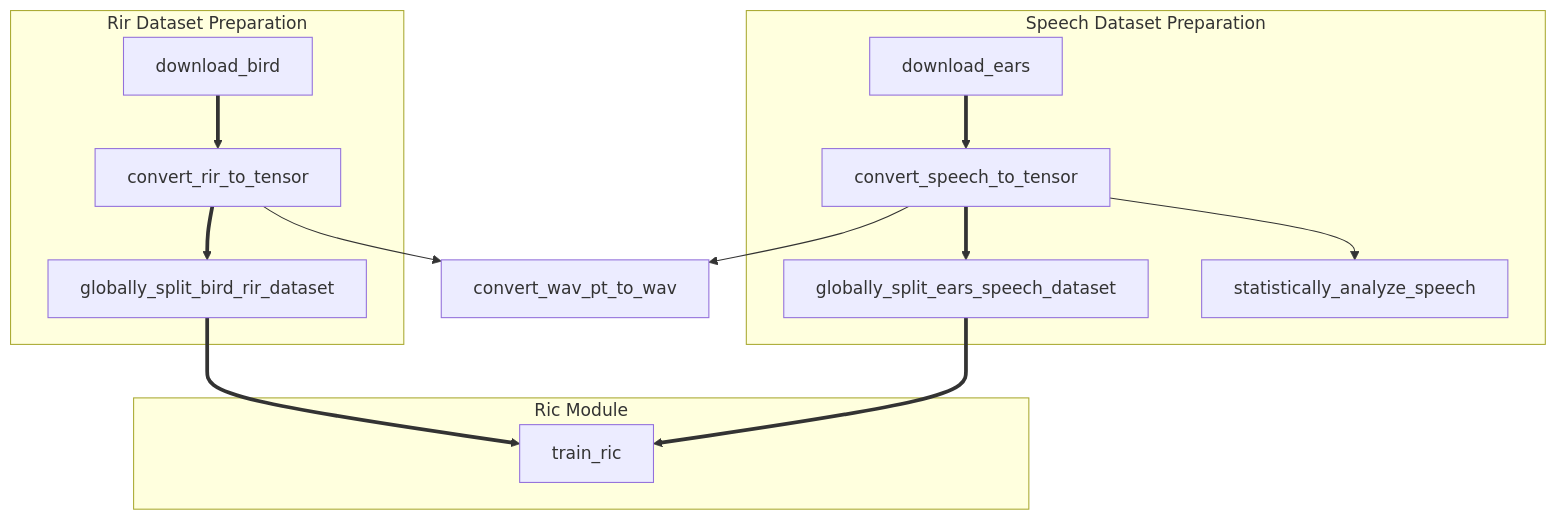
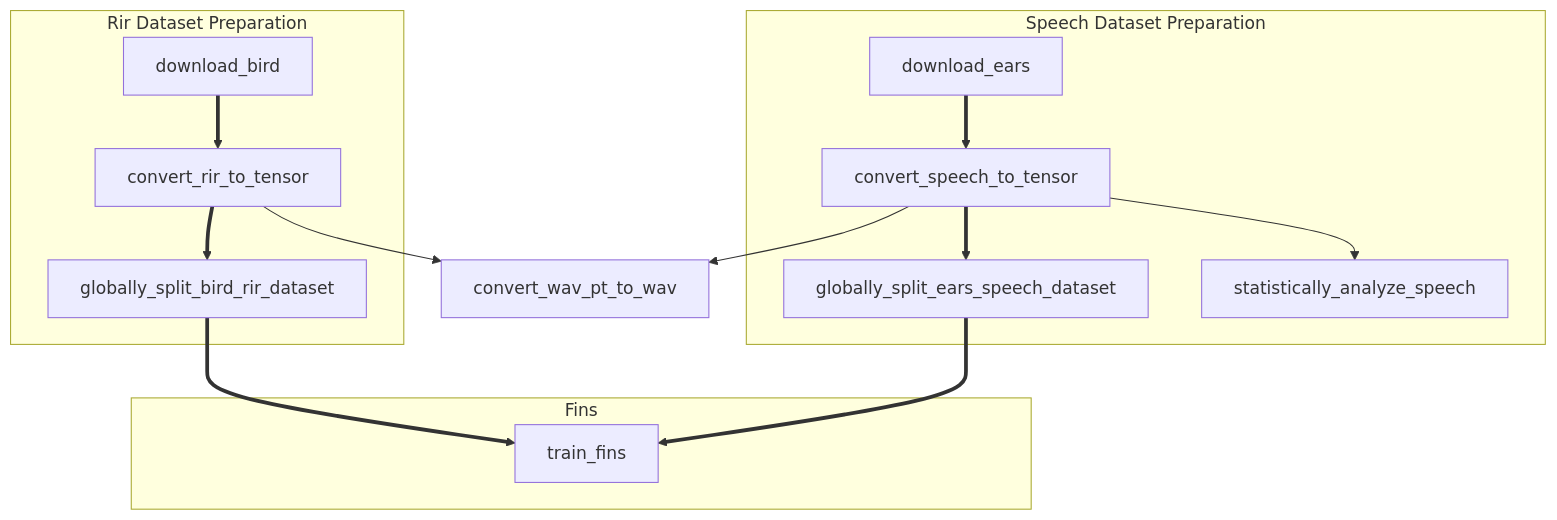
Before and after one commit to yueyinqiu/Dereverbic-Legacy: the diagram in README.md, drawn with Mermaid. The commit also changed other lines of this file and 7 other files, not shown here.

````diff
--- a/README.md
+++ b/README.md
@@ -29,29 +29,29 @@
 ```mermaid
 flowchart TB
 
 subgraph Rir Dataset Preparation
     download_bird
     
     download_bird ==> convert_rir_to_tensor
     
     convert_rir_to_tensor ==> globally_split_bird_rir_dataset
 end
 
 subgraph Speech Dataset Preparation
     download_ears
 
     download_ears ==> convert_speech_to_tensor
 
     convert_speech_to_tensor ==> globally_split_ears_speech_dataset
 
     convert_speech_to_tensor --> statistically_analyze_speech
 end
 
     convert_rir_to_tensor --> convert_wav_pt_to_wav
     convert_speech_to_tensor --> convert_wav_pt_to_wav
 
-subgraph Ric Module
-    globally_split_bird_rir_dataset ==> train_ric
-    globally_split_ears_speech_dataset ==> train_ric
+subgraph Fins
+    globally_split_bird_rir_dataset ==> train_fins
+    globally_split_ears_speech_dataset ==> train_fins
 end
 ```
````
